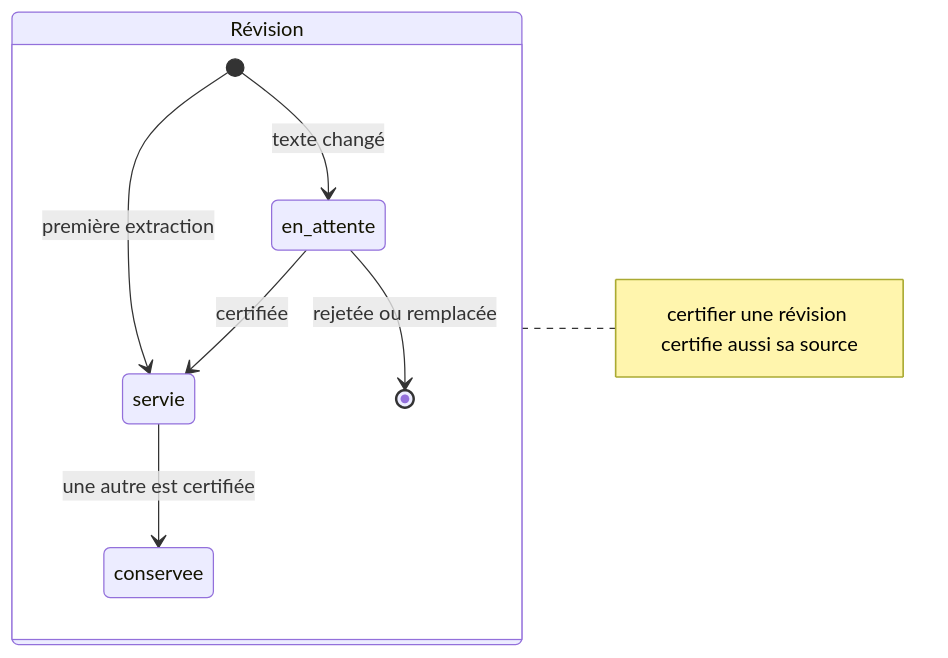
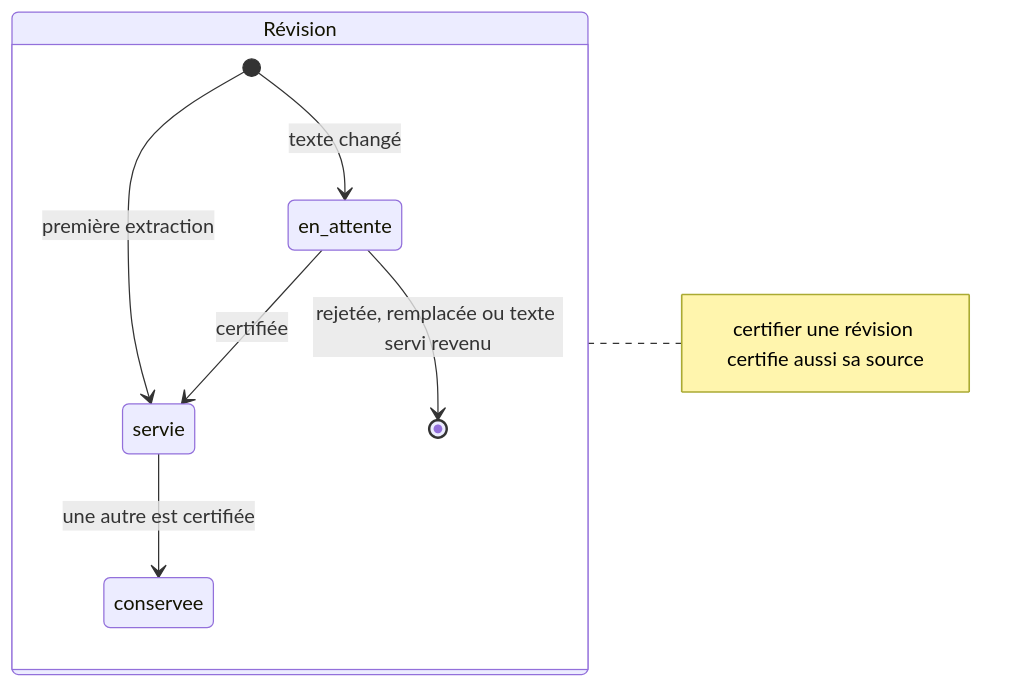
One commit to theopaolo/thot changed the fourth of 7 diagrams in docs/architecture.md. Above: the diagram before and after it, drawn with Mermaid. The commit also changed other lines of this file and 12 other files, not shown here.

````diff
--- a/docs/architecture.md
+++ b/docs/architecture.md
@@ -632,12 +644,12 @@
 ```mermaid
 stateDiagram-v2
   direction LR
   state "Révision" as Revision {
     [*] --> servie: première extraction
     [*] --> en_attente: texte changé
     en_attente --> servie: certifiée
-    en_attente --> [*]: rejetée ou remplacée
+    en_attente --> [*]: rejetée, remplacée ou texte servi revenu
     servie --> conservee: une autre est certifiée
   }
   note right of Revision: certifier une révision certifie aussi sa source
 ```
````
